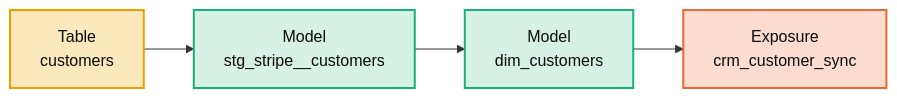
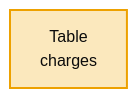
One commit to Atomz-org/data-platform changed the second of 3 diagrams in groups/acme/projects/acme-eu/kg/architecture.md. Above: the diagram before and after it, drawn with Mermaid. The commit also changed other lines of this file and 17 other files, not shown here.

First line of the commit message:
Rebuild the graphs and maps CI checks, for what this PR touches

````diff
--- a/groups/acme/projects/acme-eu/kg/architecture.md
+++ b/groups/acme/projects/acme-eu/kg/architecture.md
@@ -54,11 +54,6 @@
 ```mermaid
 flowchart LR
-    X0["Table<br/>customers"]:::raw
-    X1["Model<br/>stg_stripe__customers"]:::model
-    X2["Model<br/>dim_customers"]:::model
-    X3["Exposure<br/>crm_customer_sync"]:::exposure
-    X0 --> X1 --> X2 --> X3
-    classDef exposure fill:#fbdccf,stroke:#eb6834,stroke-width:2px,color:#0b0b0b
-    classDef model fill:#d6f2e6,stroke:#1baf7a,stroke-width:2px,color:#0b0b0b
+    X0["Table<br/>charges"]:::raw
+    X0
     classDef raw fill:#fbe8bd,stroke:#eda100,stroke-width:2px,color:#0b0b0b
 ```
````
